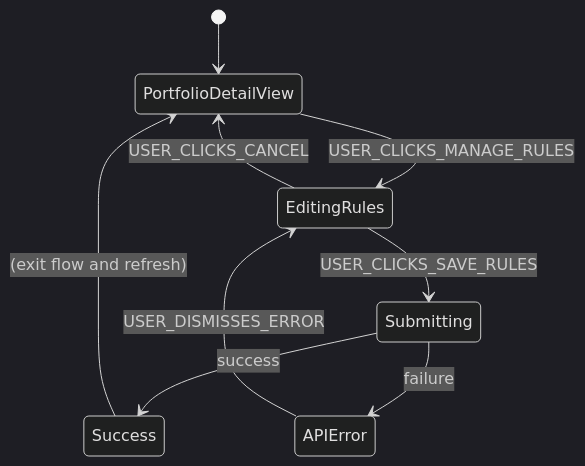
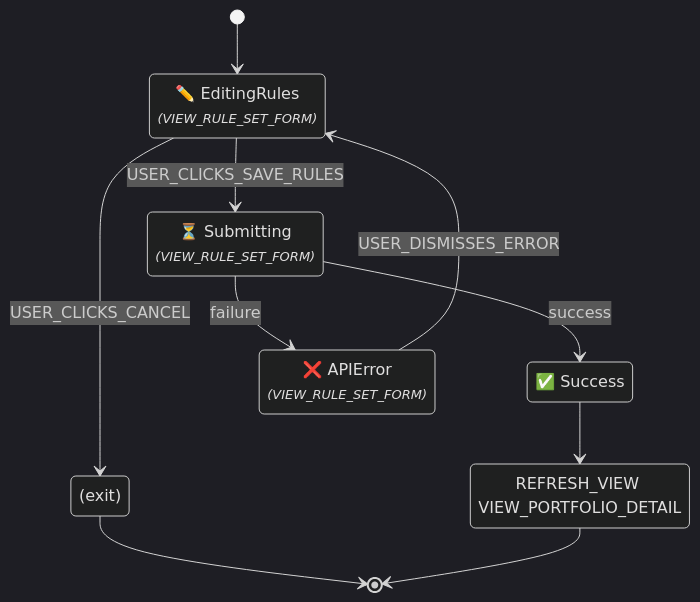
One commit to enzhao/Sentinel changed diagram 38 of 60 in product_spec.md. Above: the diagram before and after it, drawn with Mermaid (dark theme). The commit also changed other lines of this file and 3 other files, not shown here.

First line of the commit message:
docs(spec): refine and clarify UI flow specifications

````diff
--- a/product_spec.md
+++ b/product_spec.md
@@ -1879,13 +2052,19 @@
 ```mermaid
 stateDiagram-v2
-    [*] --> PortfolioDetailView
-    PortfolioDetailView --> EditingRules : USER_CLICKS_MANAGE_RULES
-    EditingRules --> PortfolioDetailView : USER_CLICKS_CANCEL
+    %% Flow ID: FLOW_MANAGE_PORTFOLIO_RULES
+    [*] --> EditingRules
+    state "✏️ EditingRules<br/><font size="2"><i>(VIEW_RULE_SET_FORM)</i></font>" as EditingRules
     EditingRules --> Submitting : USER_CLICKS_SAVE_RULES
-    
+    state "(exit)" as EditingRules_exit_USER_CLICKS_CANCEL
+    EditingRules --> EditingRules_exit_USER_CLICKS_CANCEL : USER_CLICKS_CANCEL
+    EditingRules_exit_USER_CLICKS_CANCEL --> [*]
+    state "⏳ Submitting<br/><font size="2"><i>(VIEW_RULE_SET_FORM)</i></font>" as Submitting
     Submitting --> Success : success
     Submitting --> APIError : failure
-
+    state "✅ Success" as Success
+    state "REFRESH_VIEW VIEW_PORTFOLIO_DETAIL" as Success_exit_action
+    Success --> Success_exit_action
+    Success_exit_action --> [*]
+    state "❌ APIError<br/><font size="2"><i>(VIEW_RULE_SET_FORM)</i></font>" as APIError
     APIError --> EditingRules : USER_DISMISSES_ERROR
-    Success --> PortfolioDetailView : (exit flow and refresh)
 ```
````
